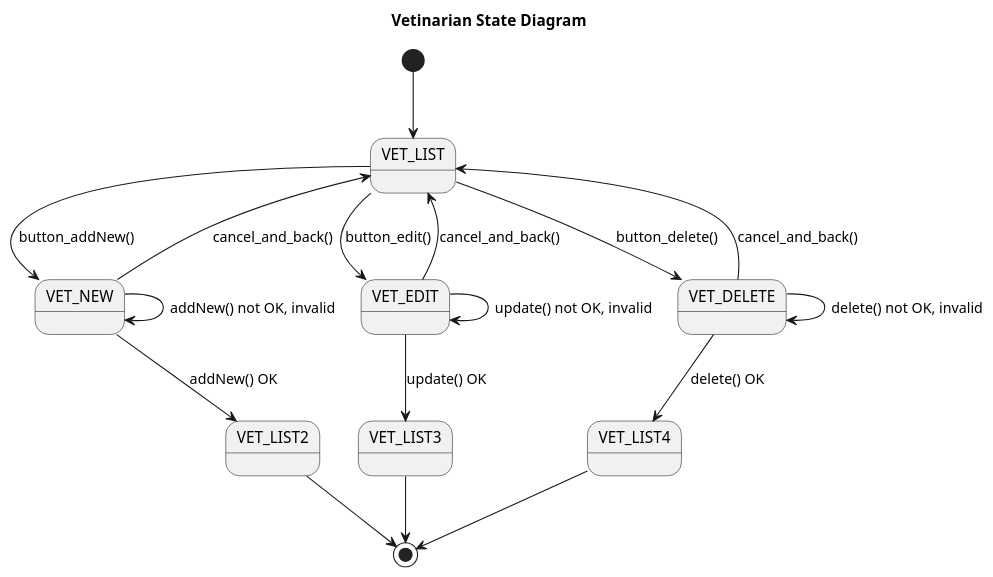
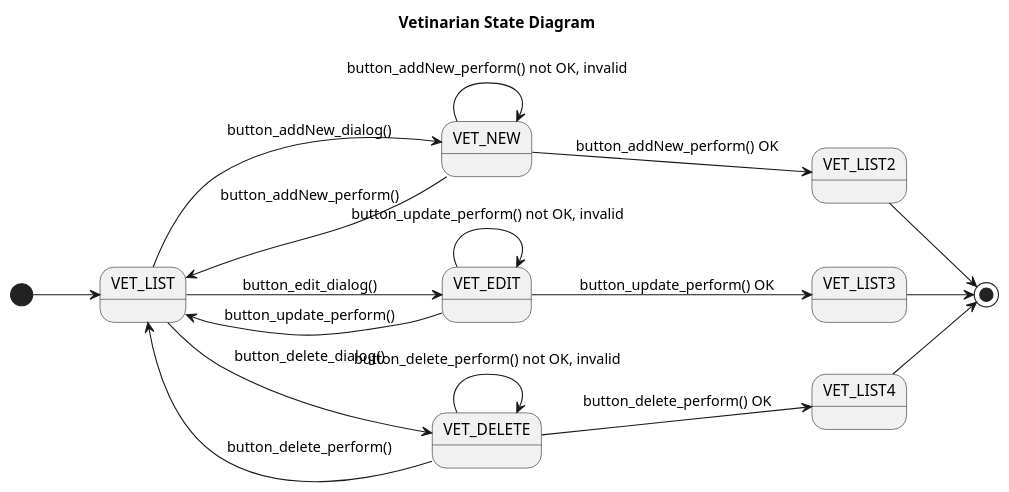
One commit to Jakarta-EE-Petclinic/petclinic-uml changed the diagram in puml/vet/Vet__StateEngine.puml. Above: the diagram before and after it, drawn with PlantUML.

```diff
--- a/puml/vet/Vet__StateEngine.puml
+++ b/puml/vet/Vet__StateEngine.puml
@@ -1,43 +1,42 @@
 @startuml
 
 title Vetinarian State Diagram
 
 'https://plantuml.com/state-diagram
 
-' left to right direction
-top to bottom direction
+left to right direction
+' top to bottom direction
 
 scale 1000 width
 
 [*] --> VET_LIST
 
-VET_LIST --> VET_NEW : button_addNew()
-VET_LIST --> VET_EDIT: button_edit()
-VET_LIST --> VET_DELETE: button_delete()
+VET_LIST --> VET_NEW : button_addNew_dialog()
+VET_NEW --> VET_LIST: button_addNew_perform()
+VET_NEW --> VET_LIST2: button_addNew_perform() OK
 
-VET_NEW --> VET_LIST: cancel_and_back()
-VET_NEW --> VET_LIST2: addNew() OK
+VET_LIST --> VET_EDIT: button_edit_dialog()
+VET_EDIT --> VET_LIST: button_update_perform()
+VET_EDIT --> VET_LIST3: button_update_perform() OK
 
-VET_EDIT --> VET_LIST: cancel_and_back()
-VET_EDIT --> VET_LIST3: update() OK
-
-VET_DELETE --> VET_LIST: cancel_and_back()
-VET_DELETE --> VET_LIST4: delete() OK
+VET_LIST --> VET_DELETE: button_delete_dialog()
+VET_DELETE --> VET_LIST: button_delete_perform()
+VET_DELETE --> VET_LIST4: button_delete_perform() OK
 
 VET_LIST2 --> [*]
 VET_LIST3 --> [*]
 VET_LIST4 --> [*]
 
 
 state VET_NEW {
-    VET_NEW --> VET_NEW : addNew() not OK, invalid
+    VET_NEW --> VET_NEW : button_addNew_perform() not OK, invalid
 }
 state VET_EDIT {
-    VET_EDIT --> VET_EDIT: update() not OK, invalid
+    VET_EDIT --> VET_EDIT: button_update_perform() not OK, invalid
 }
 state VET_DELETE {
-    VET_DELETE --> VET_DELETE: delete() not OK, invalid
+    VET_DELETE --> VET_DELETE: button_delete_perform() not OK, invalid
 }
 
 
 @enduml
```
